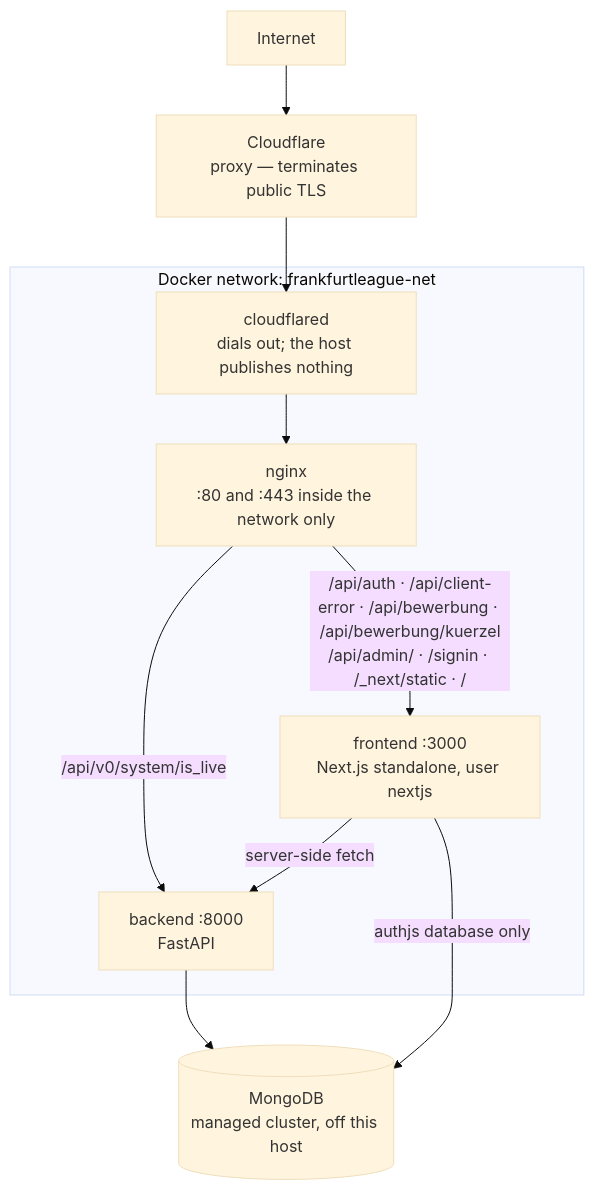
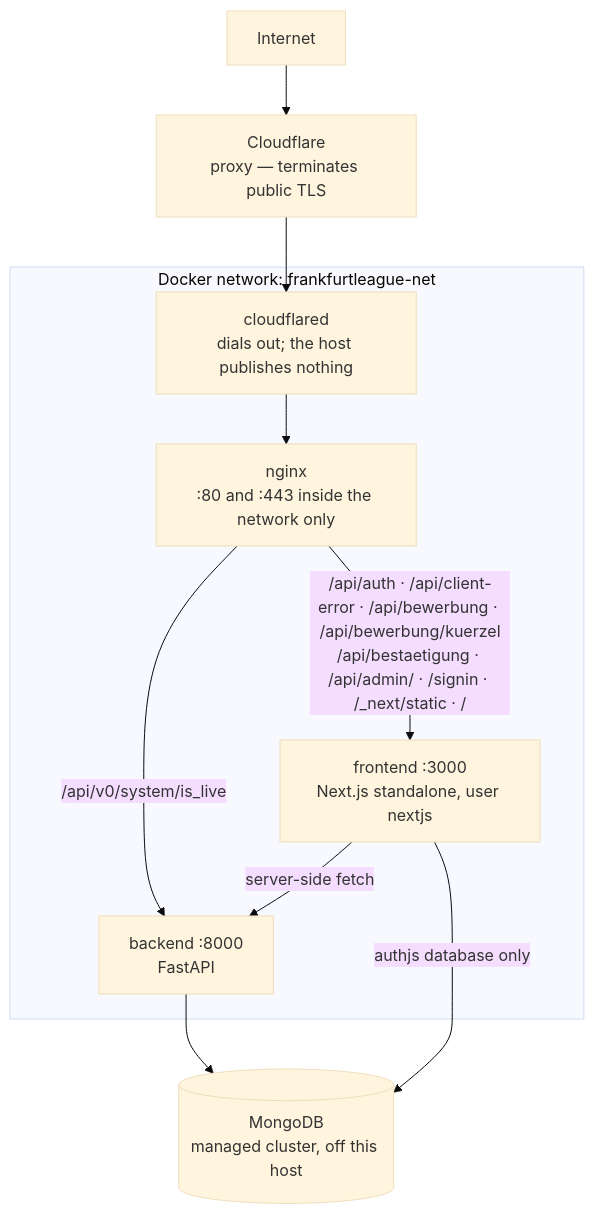
The diagram in docs/ops/overview.md (felzab/frankfurtleague), drawn with Mermaid (base theme) before and after one commit. The commit also changed 47 other files, not shown here.

````diff
--- a/docs/ops/overview.md
+++ b/docs/ops/overview.md
@@ -11,23 +11,23 @@
 ```mermaid
 graph TB
     internet["Internet"]
     cf["Cloudflare<br/>proxy — terminates public TLS"]
 
     subgraph net["Docker network: frankfurtleague-net"]
         connector["cloudflared<br/>dials out; the host publishes nothing"]
         nginx["nginx<br/>:80 and :443 inside the network only"]
         fe["frontend :3000<br/>Next.js standalone, user nextjs"]
         be["backend :8000<br/>FastAPI"]
     end
 
     mongo[("MongoDB<br/>managed cluster, off this host")]
 
     internet --> cf
     cf --> connector
     connector --> nginx
     nginx -->|"/api/v0/system/is_live"| be
-    nginx -->|"/api/auth · /api/client-error · /api/bewerbung · /api/bewerbung/kuerzel<br/>/api/admin/ · /signin · /_next/static · /"| fe
+    nginx -->|"/api/auth · /api/client-error · /api/bewerbung · /api/bewerbung/kuerzel<br/>/api/bestaetigung · /api/admin/ · /signin · /_next/static · /"| fe
     fe -->|"server-side fetch"| be
     fe -->|"authjs database only"| mongo
     be --> mongo
 ```
````
